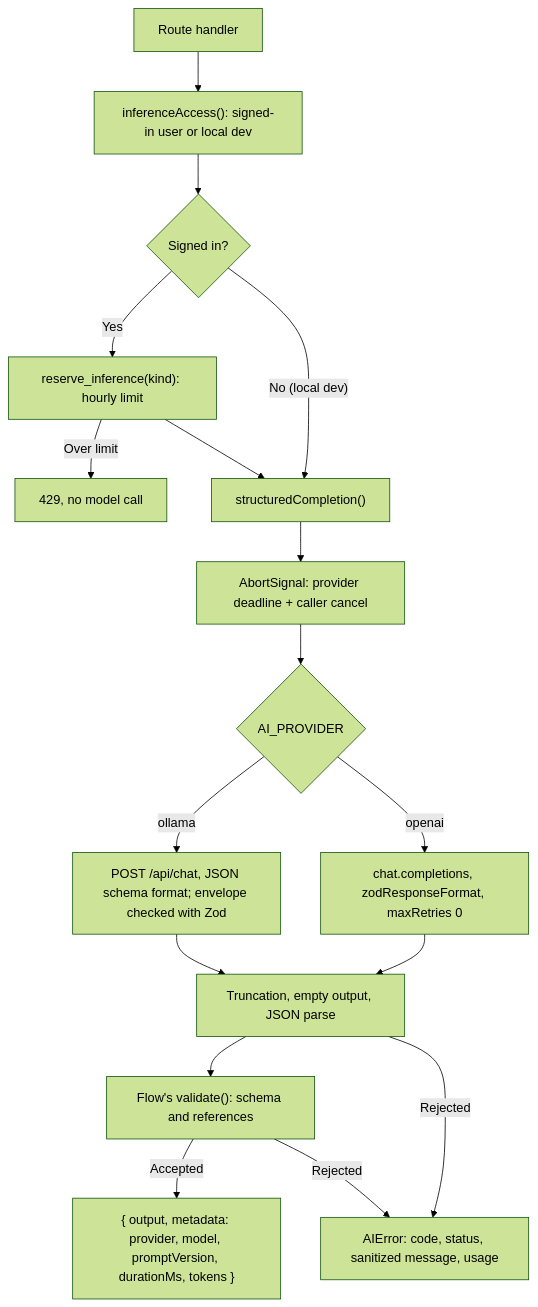
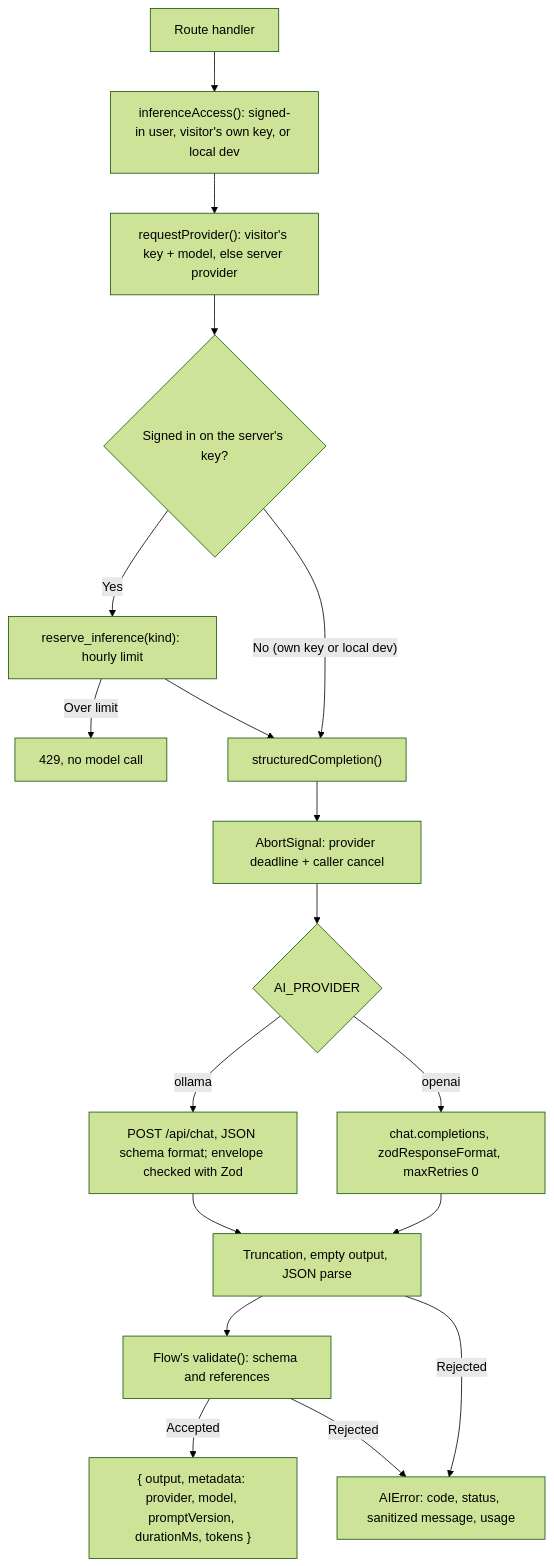
The diagram in docs/architecture/model-calls.md (horadam/fieldwork), drawn with Mermaid (forest theme) before and after one commit. The commit also changed other lines of this file and 33 other files, not shown here.

First line of the commit message:
Let visitors use their own OpenAI key, and show what each step costs

````diff
--- a/docs/architecture/model-calls.md
+++ b/docs/architecture/model-calls.md
@@ -12,19 +12,20 @@
 ```mermaid
 flowchart TB
-  ROUTE["Route handler"] --> GUARD["inferenceAccess(): signed-in user or local dev"]
-  GUARD --> QUOTA{"Signed in?"}
+  ROUTE["Route handler"] --> GUARD["inferenceAccess(): signed-in user, visitor's own key, or local dev"]
+  GUARD --> CONFIG["requestProvider(): visitor's key + model, else server provider"]
+  CONFIG --> QUOTA{"Signed in on the server's key?"}
   QUOTA -->|"Yes"| RESERVE["reserve_inference(kind): hourly limit"]
-  QUOTA -->|"No (local dev)"| CALL
+  QUOTA -->|"No (own key or local dev)"| CALL
   RESERVE -->|"Over limit"| E429["429, no model call"]
   RESERVE --> CALL["structuredCompletion()"]
   CALL --> DEADLINE["AbortSignal: provider deadline + caller cancel"]
   DEADLINE --> PROVIDER{"AI_PROVIDER"}
   PROVIDER -->|"ollama"| OLLAMA["POST /api/chat, JSON schema format; envelope checked with Zod"]
   PROVIDER -->|"openai"| OPENAI["chat.completions, zodResponseFormat, maxRetries 0"]
   OLLAMA --> CHECKS["Truncation, empty output, JSON parse"]
   OPENAI --> CHECKS
   CHECKS --> VALIDATE["Flow's validate(): schema and references"]
   VALIDATE -->|"Accepted"| OK["{ output, metadata: provider, model, promptVersion, durationMs, tokens }"]
   CHECKS -->|"Rejected"| ERR["AIError: code, status, sanitized message, usage"]
   VALIDATE -->|"Rejected"| ERR
 ```
````
